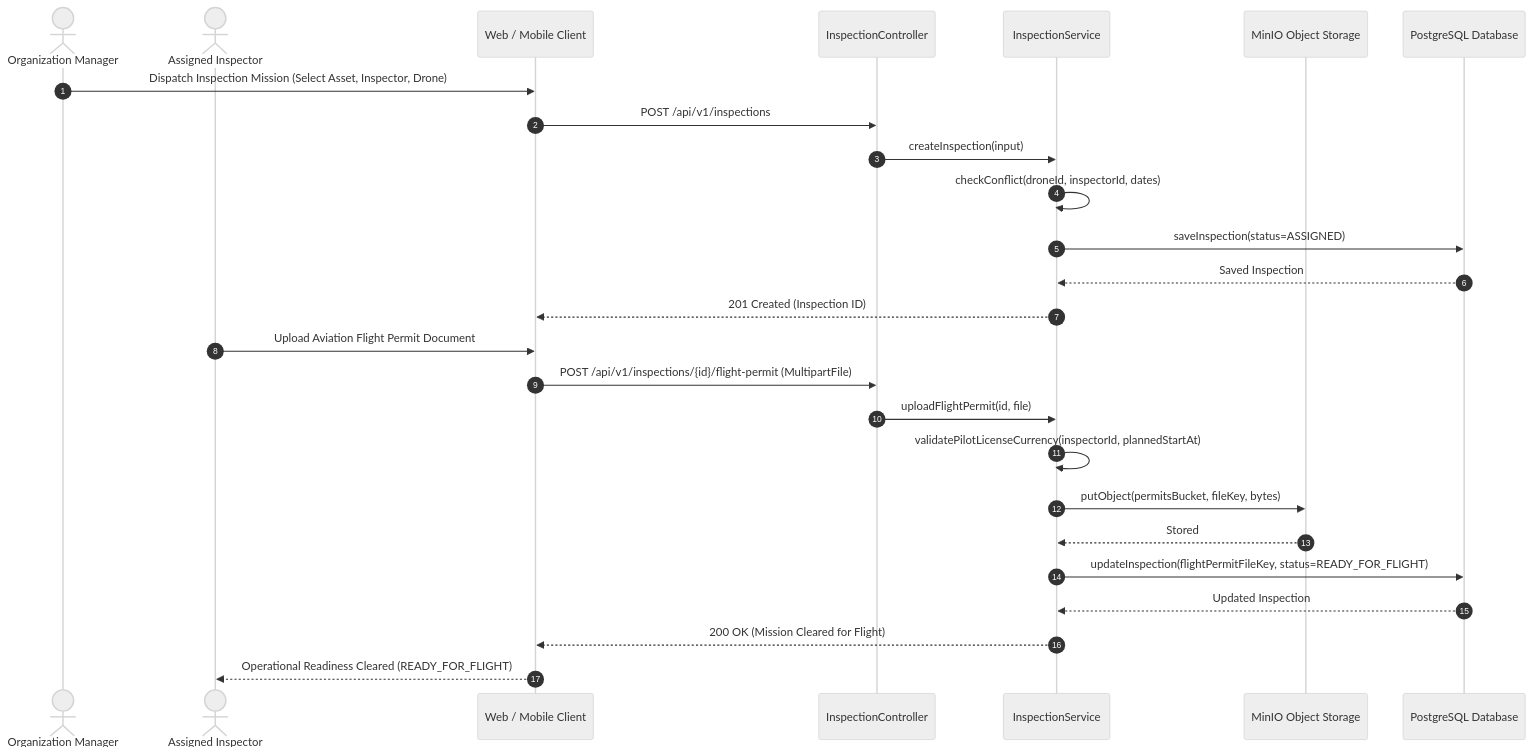
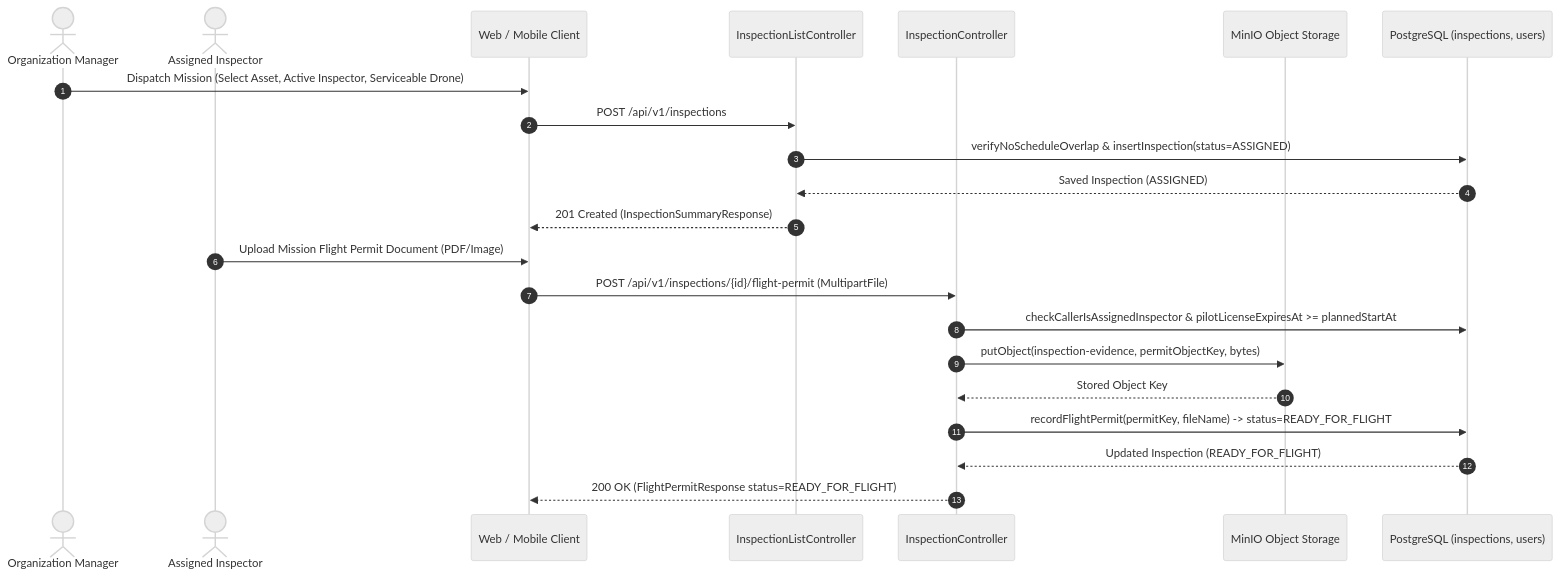
Diagram 11 of 22 in reports/report-4-software-design-document/03-detailed-design.md (tungbach12/SmartDroneInspection-Docs), drawn with Mermaid (neutral theme) before and after one commit. The commit also changed other lines of this file and 155 other files, not shown here.

````diff
--- a/reports/report-4-software-design-document/03-detailed-design.md
+++ b/reports/report-4-software-design-document/03-detailed-design.md
@@ -282,31 +441,27 @@
 ```mermaid
 %% title: Mission Dispatch and Self-Service Permit Upload Sequence Diagram
 sequenceDiagram
   autonumber
-  actor Admin as Organization Manager
+  actor OM as Organization Manager
   actor Inspector as Assigned Inspector
   participant Client as Web / Mobile Client
+  participant ListCtrl as InspectionListController
   participant InspCtrl as InspectionController
-  participant InspSvc as InspectionService
   participant MinIO as MinIO Object Storage
-  participant DB as PostgreSQL Database
+  participant DB as PostgreSQL (inspections, users)
 
-  Admin->>Client: Dispatch Inspection Mission (Select Asset, Inspector, Drone)
-  Client->>InspCtrl: POST /api/v1/inspections
-  InspCtrl->>InspSvc: createInspection(input)
-  InspSvc->>InspSvc: checkConflict(droneId, inspectorId, dates)
-  InspSvc->>DB: saveInspection(status=ASSIGNED)
-  DB-->>InspSvc: Saved Inspection
-  InspSvc-->>Client: 201 Created (Inspection ID)
+  OM->>Client: Dispatch Mission (Select Asset, Active Inspector, Serviceable Drone)
+  Client->>ListCtrl: POST /api/v1/inspections
+  ListCtrl->>DB: verifyNoScheduleOverlap & insertInspection(status=ASSIGNED)
+  DB-->>ListCtrl: Saved Inspection (ASSIGNED)
+  ListCtrl-->>Client: 201 Created (InspectionSummaryResponse)
 
-  Inspector->>Client: Upload Aviation Flight Permit Document
+  Inspector->>Client: Upload Mission Flight Permit Document (PDF/Image)
   Client->>InspCtrl: POST /api/v1/inspections/{id}/flight-permit (MultipartFile)
-  InspCtrl->>InspSvc: uploadFlightPermit(id, file)
-  InspSvc->>InspSvc: validatePilotLicenseCurrency(inspectorId, plannedStartAt)
-  InspSvc->>MinIO: putObject(permitsBucket, fileKey, bytes)
-  MinIO-->>InspSvc: Stored
-  InspSvc->>DB: updateInspection(flightPermitFileKey, status=READY_FOR_FLIGHT)
-  DB-->>InspSvc: Updated Inspection
-  InspSvc-->>Client: 200 OK (Mission Cleared for Flight)
-  Client-->>Inspector: Operational Readiness Cleared (READY_FOR_FLIGHT)
+  InspCtrl->>DB: checkCallerIsAssignedInspector & pilotLicenseExpiresAt >= plannedStartAt
+  InspCtrl->>MinIO: putObject(inspection-evidence, permitObjectKey, bytes)
+  MinIO-->>InspCtrl: Stored Object Key
+  InspCtrl->>DB: recordFlightPermit(permitKey, fileName) -> status=READY_FOR_FLIGHT
+  DB-->>InspCtrl: Updated Inspection (READY_FOR_FLIGHT)
+  InspCtrl-->>Client: 200 OK (FlightPermitResponse status=READY_FOR_FLIGHT)
 ```
````
